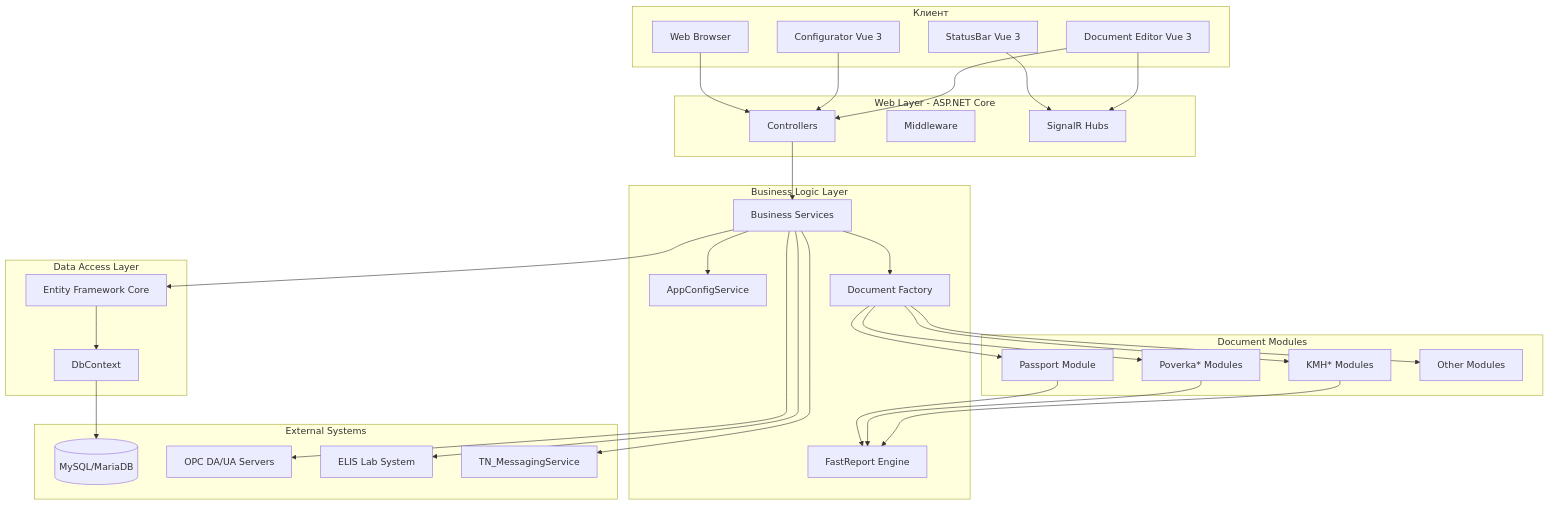
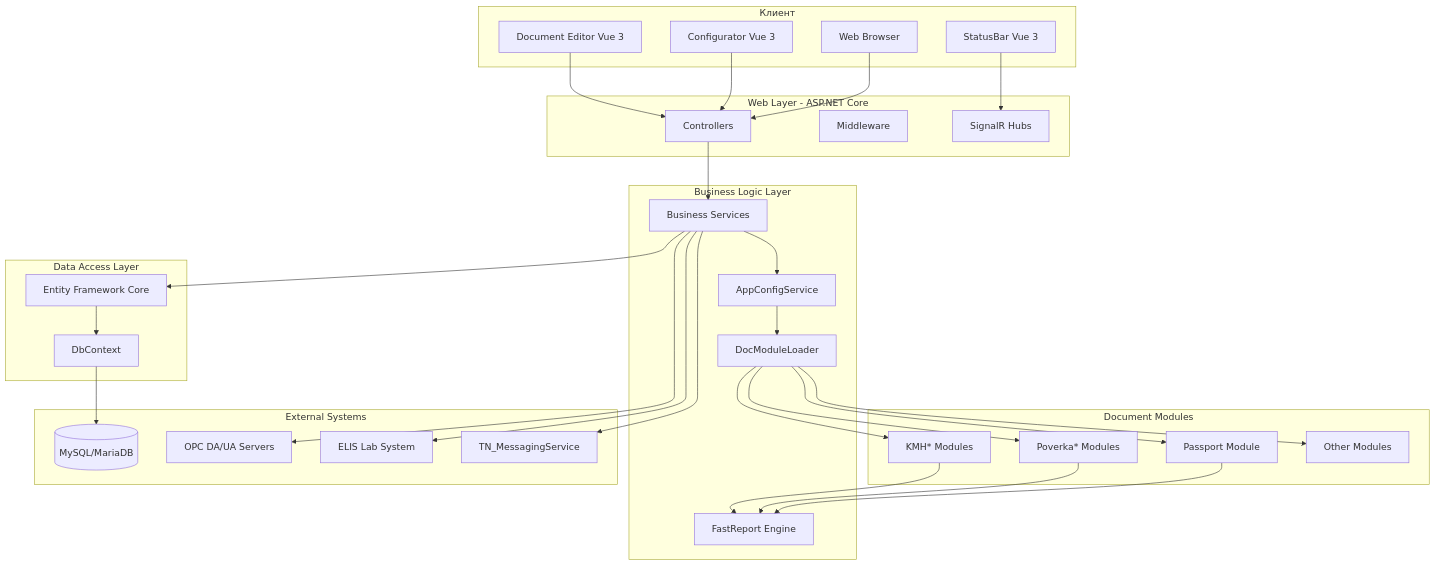
The first of 18 diagrams in docs/architecture/overview.md (tn-ivk/tn-doc), drawn with Mermaid before and after one commit. The commit also changed other lines of this file, not shown here.

First line of the commit message:
Актуализация архитектурной документации: устранены устаревшие ссылки на DocFactory и SignalR в Document Editor

````diff
--- a/docs/architecture/overview.md
+++ b/docs/architecture/overview.md
@@ -18,63 +18,62 @@
 ```mermaid
 graph TB
     subgraph "Клиент"
         Browser[Web Browser]
         StatusBar[StatusBar Vue 3]
         Configurator[Configurator Vue 3]
         DocumentEditor[Document Editor Vue 3]
     end
 
     subgraph "Web Layer - ASP.NET Core"
         Controllers[Controllers]
         Middleware[Middleware]
         SignalR[SignalR Hubs]
     end
 
     subgraph "Business Logic Layer"
         AppConfig[AppConfigService]
-        DocFactory[Document Factory]
+        DocModuleLoader[DocModuleLoader]
         Services[Business Services]
         FastReport[FastReport Engine]
     end
 
     subgraph "Data Access Layer"
         EF[Entity Framework Core]
         DbContext[DbContext]
     end
 
     subgraph "Document Modules"
         Passport[Passport Module]
         Poverka[Poverka* Modules]
         KMH[KMH* Modules]
         Other[Other Modules]
     end
 
     subgraph "External Systems"
         MySQL[(MySQL/MariaDB)]
         OPC[OPC DA/UA Servers]
         ELIS[ELIS Lab System]
         MessagingService[TN_MessagingService]
     end
 
     Browser --> Controllers
     StatusBar --> SignalR
     Configurator --> Controllers
     DocumentEditor --> Controllers
-    DocumentEditor --> SignalR
     Controllers --> Services
     Services --> AppConfig
-    Services --> DocFactory
-    DocFactory --> Passport
-    DocFactory --> Poverka
-    DocFactory --> KMH
-    DocFactory --> Other
+    AppConfig --> DocModuleLoader[DocModuleLoader]
+    DocModuleLoader --> Passport
+    DocModuleLoader --> Poverka
+    DocModuleLoader --> KMH
+    DocModuleLoader --> Other
     Passport --> FastReport
     Poverka --> FastReport
     KMH --> FastReport
     Services --> EF
     EF --> DbContext
     DbContext --> MySQL
     Services --> OPC
     Services --> ELIS
     Services --> MessagingService
 ```
````
